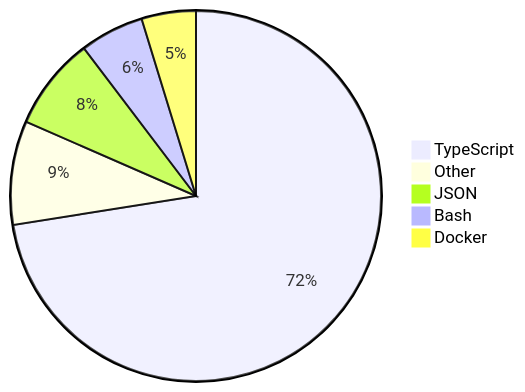
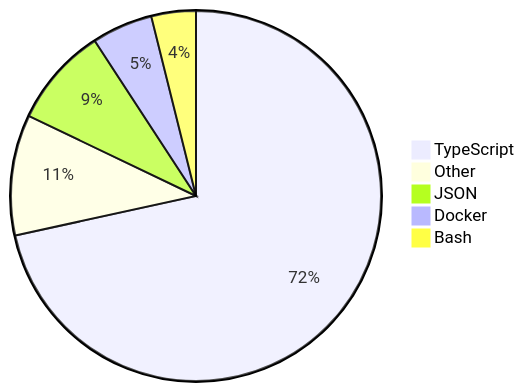
The diagram in README.md (skvggor/skvggor), drawn with Mermaid before and after one commit.

Commit message:
Updated waka-readme graph with new metrics

````diff
--- a/README.md
+++ b/README.md
@@ -16,8 +16,8 @@
 ```mermaid
 pie
-    "TypeScript" : 68.8
-    "Other" : 8.6
-    "JSON" : 7.7
-    "Bash" : 5.3
-    "Docker" : 4.5
+    "TypeScript" : 70.0
+    "Other" : 10.3
+    "JSON" : 8.5
+    "Docker" : 5.2
+    "Bash" : 3.8
 ```
````
